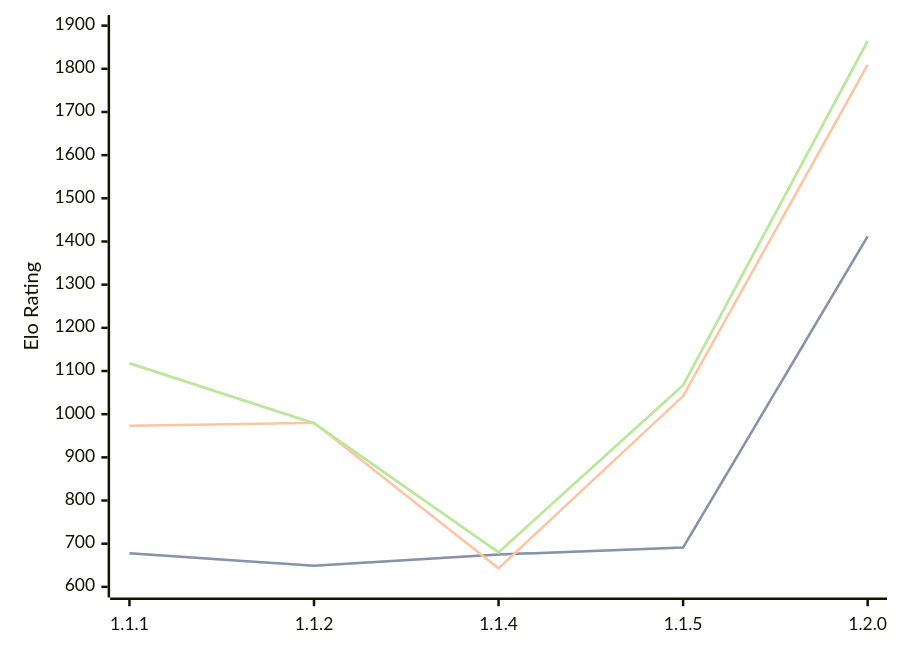
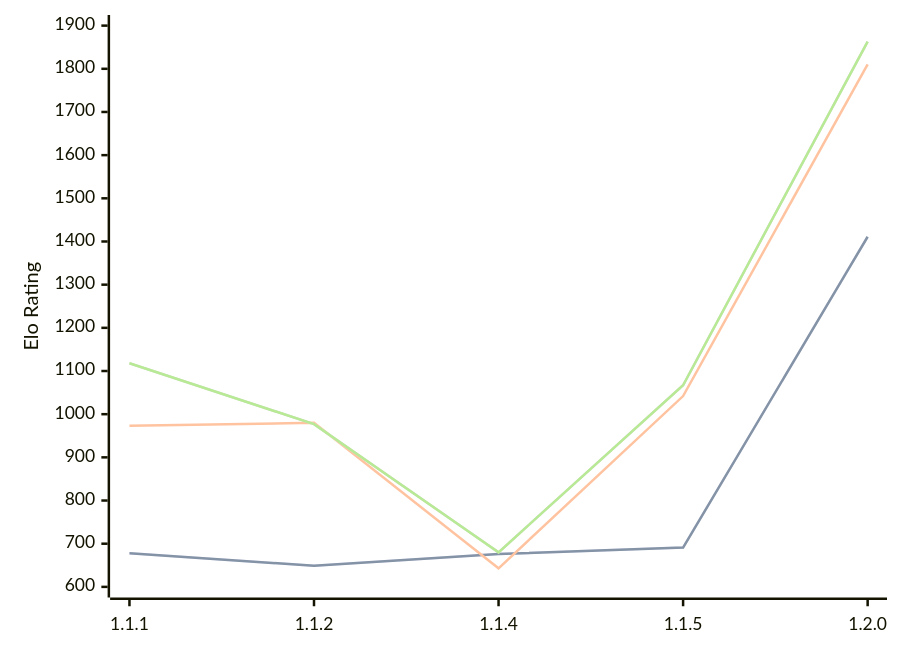
The diagram in engines/ChessCore.md (computer-chess-index/cci), drawn with Mermaid before and after one commit. The commit also changed other lines of this file, not shown here.

Commit message:
Update CCI Ratings (ELO VLTC) - 2026-07-23

````diff
--- a/engines/ChessCore.md
+++ b/engines/ChessCore.md
@@ -36,11 +36,11 @@
 ```mermaid
 %%{init: {"theme":"base","themeVariables":{"seriesColors:['#a3a3a3','#222221','#faa371']}}}%%
 xychart-beta
   x-axis ["1.1.1", "1.1.2", "1.1.4", "1.1.5", "1.2.0"]
   y-axis "Elo Rating" 600 --> 1900
-  line "STC (8.0+0.08s)" [678, 649, 675, 691, 1412]
-  line "STC (8.0+0.08s)" [678, 649, 675, 691, 1412]
-  line "LTC (60.0+0.60s)" [973, 980, 643, 1042, 1809]
-  line "VLTC (2m24s+1.12s)" [1118, 979, 680, 1067, 1864]
-  line "VLTC (2m24s+1.12s)" [1118, 979, 680, 1067, 1864]
+  line "STC (8.0+0.08s)" [678, 649, 676, 691, 1411]
+  line "STC (8.0+0.08s)" [678, 649, 676, 691, 1411]
+  line "LTC (60.0+0.60s)" [973, 980, 643, 1042, 1810]
+  line "VLTC (2m24s+1.12s)" [1118, 977, 680, 1067, 1863]
+  line "VLTC (2m24s+1.12s)" [1118, 977, 680, 1067, 1863]
 ```
````
